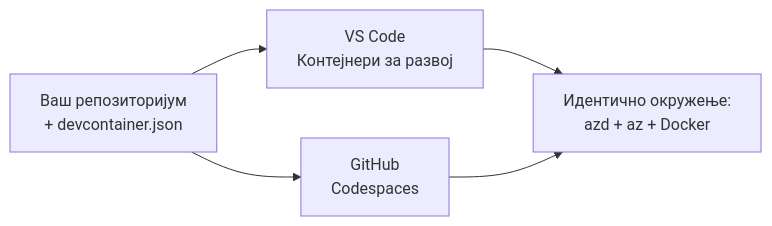
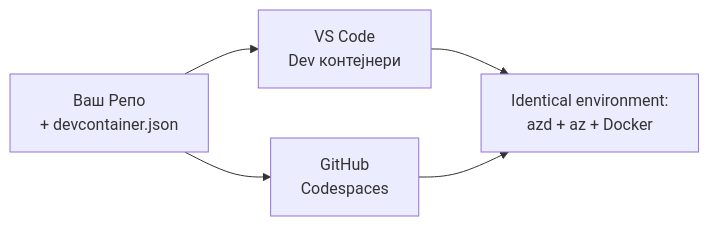
The diagram in translations/sr/docs/chapter-01-foundation/dev-containers.md (microsoft/AZD-for-beginners), drawn with Mermaid before and after one commit. The commit also changed other lines of this file and 60 other files, not shown here.

````diff
--- a/translations/sr/docs/chapter-01-foundation/dev-containers.md
+++ b/translations/sr/docs/chapter-01-foundation/dev-containers.md
@@ -41,7 +41,7 @@
 ```mermaid
 graph LR
-    Repo[Ваш репозиторијум<br/>+ devcontainer.json] --> VSCode[VS Code<br/>Контејнери за развој]
+    Repo[Ваш Репо<br/>+ devcontainer.json] --> VSCode[VS Code<br/>Dev контејнери]
     Repo --> Codespaces[GitHub<br/>Codespaces]
-    VSCode --> Env[Идентично окружење:<br/>azd + az + Docker]
+    VSCode --> Env[Identical environment:<br/>azd + az + Docker]
     Codespaces --> Env
 ```
````
